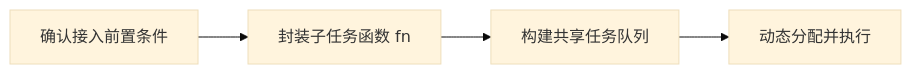
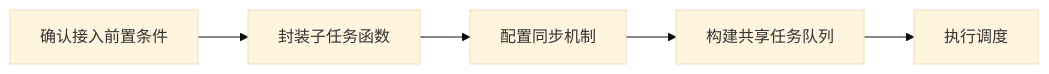
One commit to mindstudio-docs/master changed the diagram in msmodelslim/docs/zh/knowledge_base/parallel/distributed_task_scheduler/distributed_task_scheduler_guide.md. Above: the diagram before and after it, drawn with Mermaid (base theme). The commit also changed other lines of this file and 107 other files, not shown here.

````diff
--- a/msmodelslim/docs/zh/knowledge_base/parallel/distributed_task_scheduler/distributed_task_scheduler_guide.md
+++ b/msmodelslim/docs/zh/knowledge_base/parallel/distributed_task_scheduler/distributed_task_scheduler_guide.md
@@ -27,6 +27,7 @@
 ```mermaid
 flowchart LR
-  A[确认接入前置条件] --> B[封装子任务函数 fn]
-  B --> C[构建共享任务队列]
-  C --> D[动态分配并执行]
+  A[确认接入前置条件] --> B[封装子任务函数]
+  B --> C[配置同步机制]
+  C --> D[构建共享任务队列]
+  D --> E[执行调度]
 ```
````
